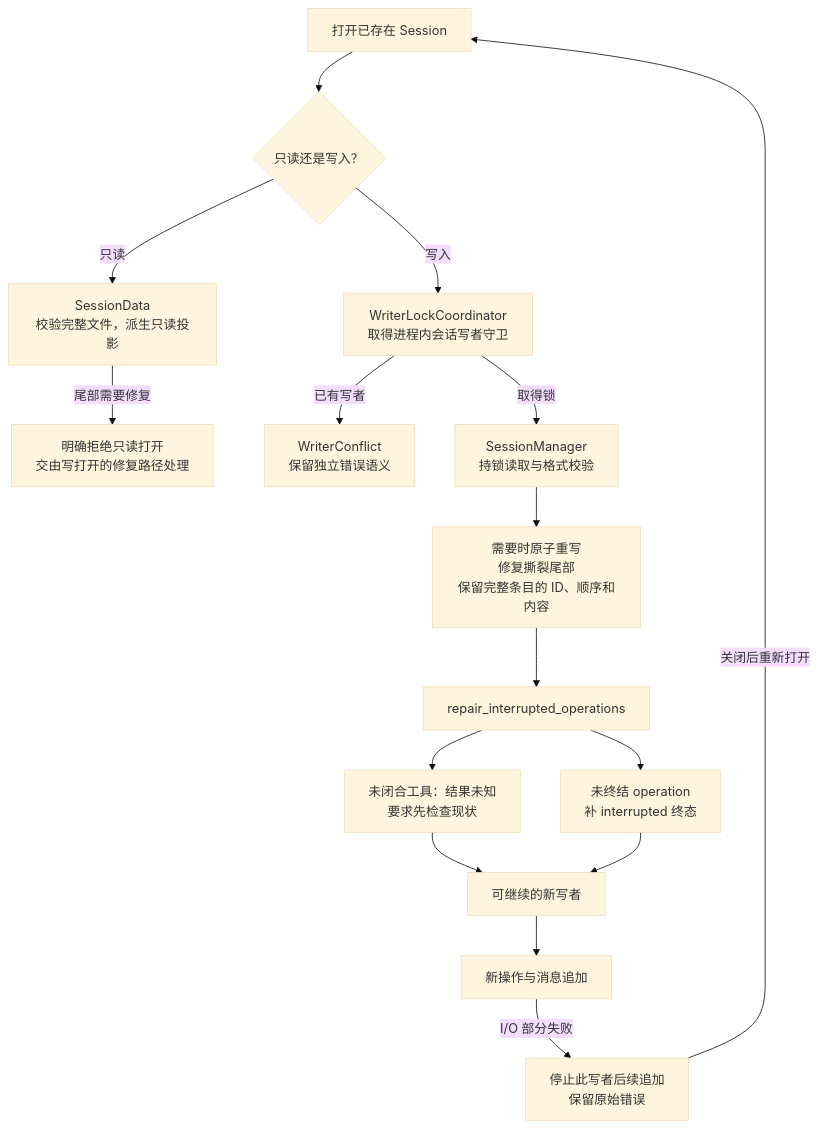
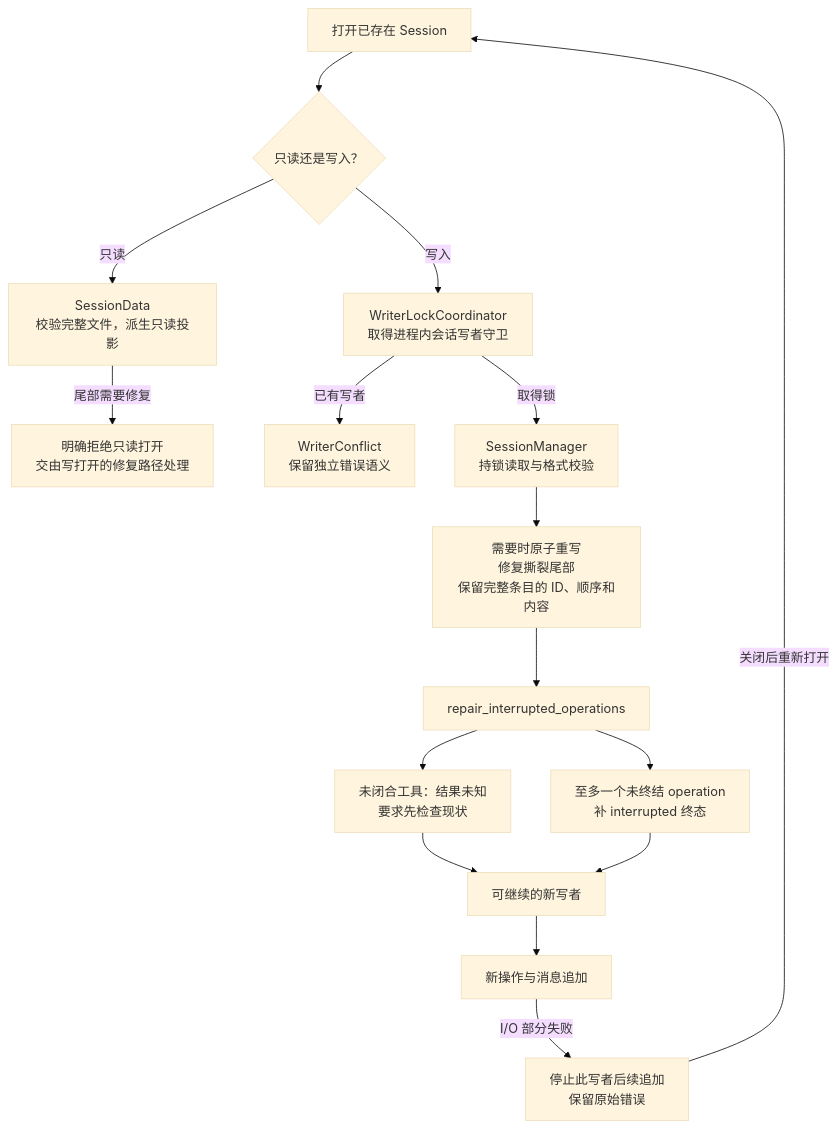
Diagram 28 of 29 in docs/singularity.md (qjcnmd/singularity-agent), drawn with Mermaid (base theme) before and after one commit. The commit also changed other lines of this file and 27 other files, not shown here.

````diff
--- a/docs/singularity.md
+++ b/docs/singularity.md
@@ -730,18 +730,18 @@
 ```mermaid
 flowchart TB
     Open["打开已存在 Session"] --> Mode{"只读还是写入？"}
     Mode -->|"只读"| Read["SessionData<br/>校验完整文件，派生只读投影"]
     Read -->|"尾部需要修复"| ReadError["明确拒绝只读打开<br/>交由写打开的修复路径处理"]
     Mode -->|"写入"| Lock["WriterLockCoordinator<br/>取得进程内会话写者守卫"]
     Lock -->|"已有写者"| Conflict["WriterConflict<br/>保留独立错误语义"]
     Lock -->|"取得锁"| Manager["SessionManager<br/>持锁读取与格式校验"]
     Manager --> Rewrite["需要时原子重写<br/>修复撕裂尾部<br/>保留完整条目的 ID、顺序和内容"]
     Rewrite --> Repair["repair_interrupted_operations"]
     Repair --> Unknown["未闭合工具：结果未知<br/>要求先检查现状"]
-    Repair --> Interrupted["未终结 operation<br/>补 interrupted 终态"]
+    Repair --> Interrupted["至多一个未终结 operation<br/>补 interrupted 终态"]
     Unknown --> Ready["可继续的新写者"]
     Interrupted --> Ready
     Ready --> Append["新操作与消息追加"]
     Append -->|"I/O 部分失败"| Stop["停止此写者后续追加<br/>保留原始错误"]
     Stop -->|"关闭后重新打开"| Open
 ```
````
